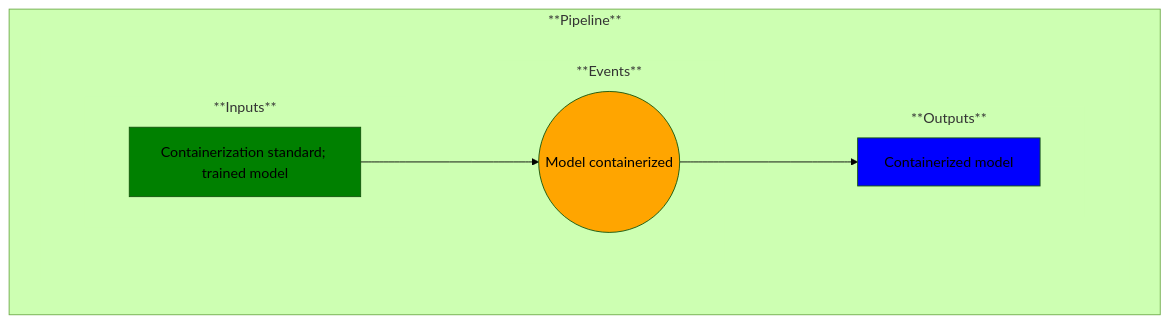
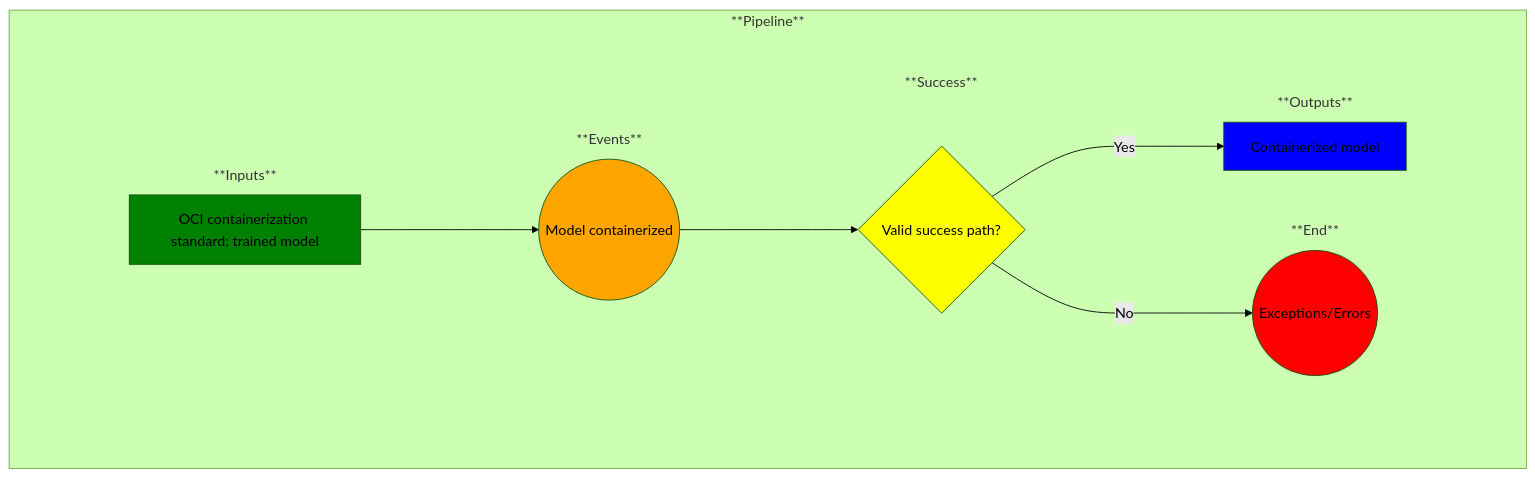
Before and after one commit to MLOps-OpenAPI/arch-diagrams: the diagram in use-cases/12-model-containerized.md, drawn with Mermaid (forest theme). The commit also changed other lines of this file, not shown here.

Commit message:
UC12 updated

````diff
--- a/use-cases/12-model-containerized.md
+++ b/use-cases/12-model-containerized.md
@@ -16,51 +16,65 @@
 ```mermaid
 
 %% Creating a left-to-right flowchart
 %% Learn the syntax here: https://mermaid.js.org/syntax/flowchart.html
 %% Note: flowchart and graph are the same in Mermaid
 graph LR;
 
     %% Define the common flow items:
     %%A--> B
     %%B-->C
     subgraph Pipeline ["**Pipeline**"]
         
         %% Add an empty node to overcome some formatting issues
         subgraph invisibleSpace["<br/>"]
 
             %% Add the rest of the nodes
             subgraph Inputs ["**Inputs**"]
                 A
             end
             subgraph Events ["**Events**"]
                 B
             end
+            subgraph Success ["**Success**"]
+                C
+            end
+            subgraph End ["**End**"]
+                D
+            end
             subgraph Outputs ["**Outputs**"]
-                C
+                E
             end
         end
         A-->B
-        %%C--> | test text | D
         B-->C
-        %%D--> | test text | E
+        C--> | No | D
+        C--> | Yes | E
     end
 
     %% Now label and style the blocks
     %% Note: You could have done this above, but I find this to be cleaner and easier to manage
 
-    A[Containerization standard; trained model]
+    A[OCI containerization standard; trained model]
     style A fill:green
 
     B((Model containerized))
     style B fill:orange
 
-    C[Containerized model]
-    style C fill:blue
+    C{Valid success path?}
+    style C fill:yellow
+
+    D((Exceptions/Errors))
+    style D fill:red
+
+    E[Containerized model]
+    style E fill:blue
 
     %% Remove unnecessary box outlines
     style invisibleSpace stroke-width:0
     style Inputs stroke-width:0
     style Events stroke-width:0
     style Outputs stroke-width:0
+    style End stroke-width:0
+    style Success stroke-width:0
 
 ```
````
